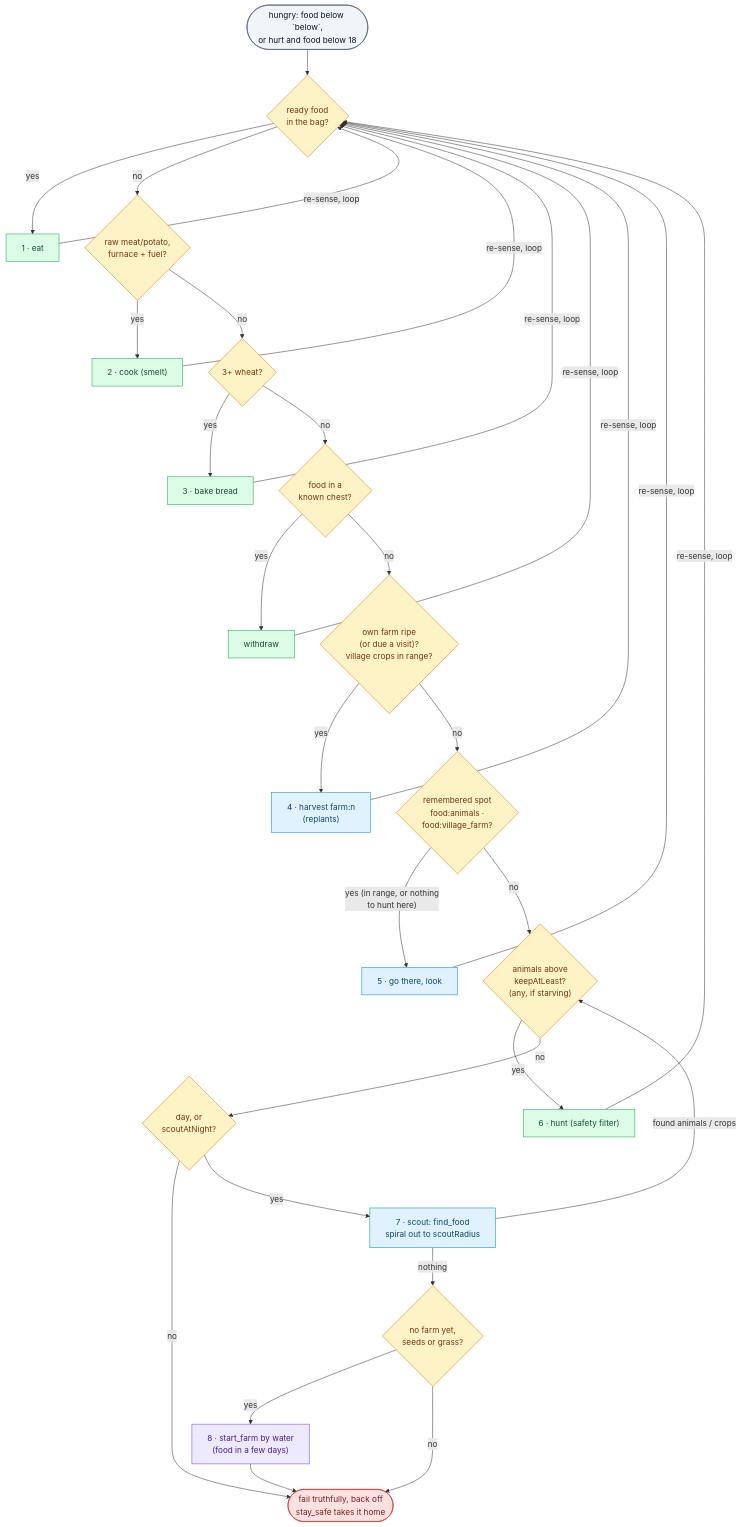
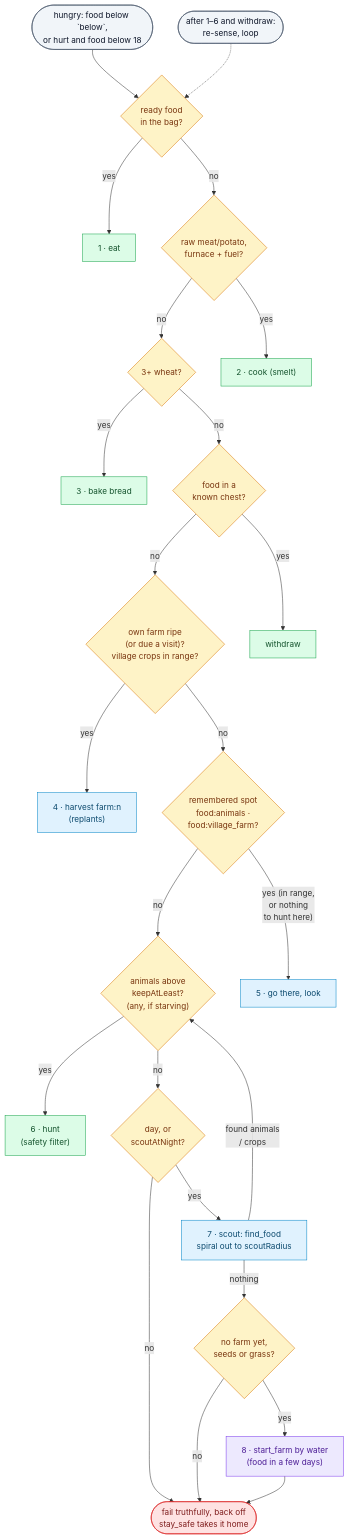
One commit to thereisnotime/golemkit changed the fourth of 4 diagrams in docs/guide/behaviors.md. Above: the diagram before and after it, drawn with Mermaid. The commit also changed other lines of this file and 20 other files, not shown here.

First line of the commit message:
Docs: replace the last ASCII diagrams with mermaid, make wide charts top-down to fit the column

````diff
--- a/docs/guide/behaviors.md
+++ b/docs/guide/behaviors.md
@@ -361,39 +366,39 @@
 ```mermaid
 flowchart TB
   H(["hungry: food below `below`,<br/>or hurt and food below 18"]) --> E{"ready food<br/>in the bag?"}
   E -- yes --> EAT["1 · eat"]
   E -- no --> C{"raw meat/potato,<br/>furnace + fuel?"}
+  C -- no --> B{"3+ wheat?"}
   C -- yes --> COOK["2 · cook (smelt)"]
-  C -- no --> B{"3+ wheat?"}
   B -- yes --> BREAD["3 · bake bread"]
   B -- no --> CH{"food in a<br/>known chest?"}
+  CH -- no --> F{"own farm ripe<br/>(or due a visit)?<br/>village crops in range?"}
   CH -- yes --> WD["withdraw"]
-  CH -- no --> F{"own farm ripe<br/>(or due a visit)?<br/>village crops in range?"}
   F -- yes --> FARM["4 · harvest farm:n<br/>(replants)"]
   F -- no --> SP{"remembered spot<br/>food:animals ·<br/>food:village_farm?"}
-  SP -- "yes (in range, or nothing<br/>to hunt here)" --> SPOT["5 · go there, look"]
   SP -- no --> HU{"animals above<br/>keepAtLeast?<br/>(any, if starving)"}
-  HU -- yes --> HUNT["6 · hunt (safety filter)"]
+  SP -- "yes (in range,<br/>or nothing<br/>to hunt here)" --> SPOT["5 · go there, look"]
+  HU -- yes --> HUNT["6 · hunt<br/>(safety filter)"]
   HU -- no --> N{"day, or<br/>scoutAtNight?"}
   N -- no --> BACK(["fail truthfully, back off<br/>stay_safe takes it home"])
   N -- yes --> SC["7 · scout: find_food<br/>spiral out to scoutRadius"]
-  SC -- "found animals / crops" --> HU
+  SC -- "found animals<br/>/ crops" --> HU
   SC -- "nothing" --> SF{"no farm yet,<br/>seeds or grass?"}
   SF -- yes --> START["8 · start_farm by water<br/>(food in a few days)"]
   SF -- no --> BACK
   START --> BACK
-  EAT & COOK & BREAD & WD & FARM & SPOT & HUNT -->|"re-sense, loop"| E
+  LOOP(["after 1–6 and withdraw:<br/>re-sense, loop"]) -.-> E
 
   classDef trig fill:#f1f5f9,stroke:#475569,color:#0f172a
   classDef ask fill:#fef3c7,stroke:#d97706,color:#78350f
   classDef near fill:#dcfce7,stroke:#16a34a,color:#14532d
   classDef far fill:#e0f2fe,stroke:#0284c7,color:#0c4a6e
   classDef grow fill:#ede9fe,stroke:#7c3aed,color:#4c1d95
   classDef stop fill:#fee2e2,stroke:#dc2626,color:#7f1d1d
-  class H trig
+  class H,LOOP trig
   class E,C,B,CH,F,SP,HU,N,SF ask
   class EAT,COOK,BREAD,WD,HUNT near
   class FARM,SPOT,SC far
   class START grow
   class BACK stop
 ```
````
